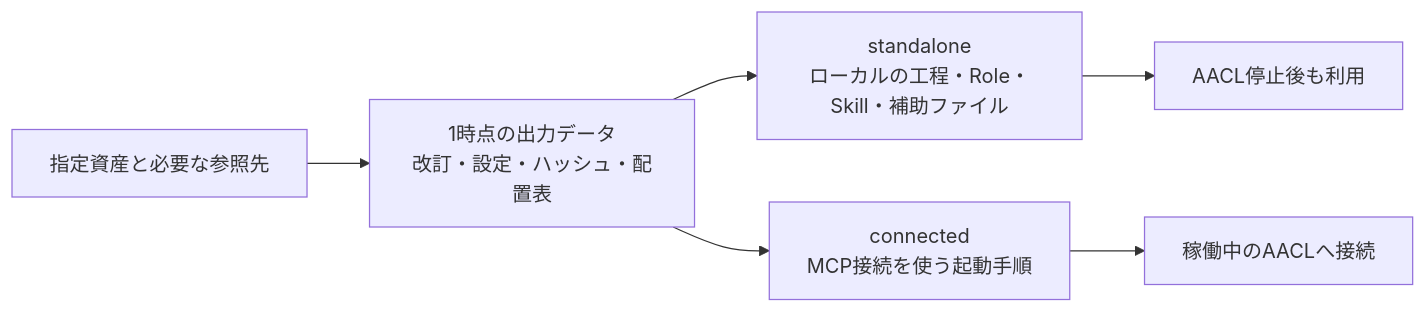
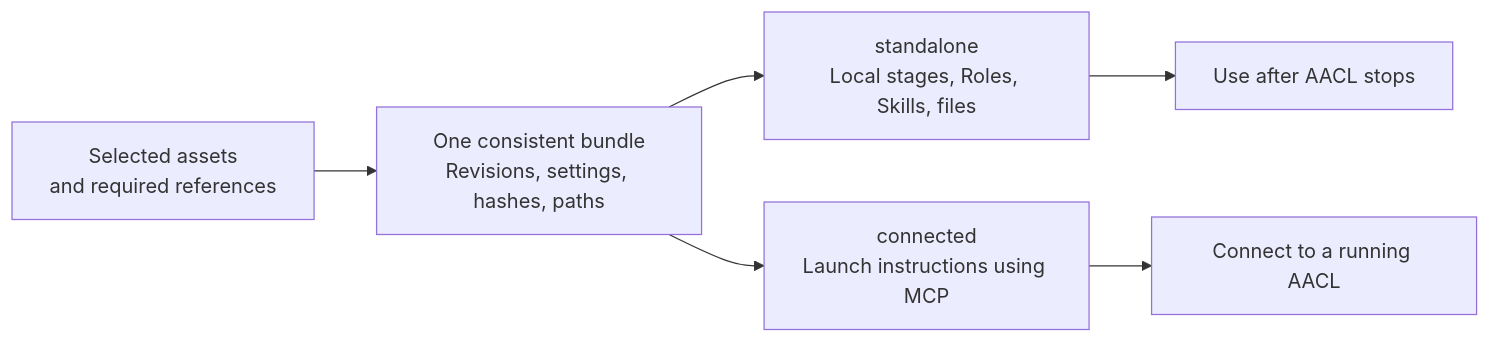
One commit to Memoria-ll/agent-asset-control-layer changed the eighth of 8 diagrams in README.md. Above: the diagram before and after it, drawn with Mermaid. The commit also changed other lines of this file and 1 other file, not shown here.

````diff
--- a/README.md
+++ b/README.md
@@ -209,8 +211,8 @@
 ```mermaid
 flowchart LR
-    Assets["指定資産と必要な参照先"] --> Bundle["1時点の出力データ<br/>改訂・設定・ハッシュ・配置表"]
-    Bundle --> Standalone["standalone<br/>ローカルの工程・Role・Skill・補助ファイル"]
-    Bundle --> Connected["connected<br/>MCP接続を使う起動手順"]
-    Standalone --> Offline["AACL停止後も利用"]
-    Connected --> Online["稼働中のAACLへ接続"]
+    Assets["Selected assets<br/>and required references"] --> Bundle["One consistent bundle<br/>Revisions, settings, hashes, paths"]
+    Bundle --> Standalone["standalone<br/>Local stages, Roles, Skills, files"]
+    Bundle --> Connected["connected<br/>Launch instructions using MCP"]
+    Standalone --> Offline["Use after AACL stops"]
+    Connected --> Online["Connect to a running AACL"]
 ```
````
